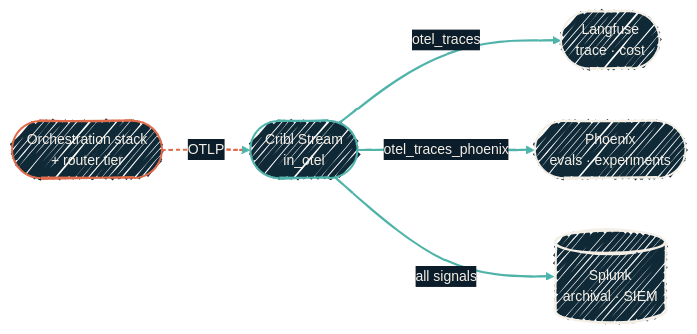
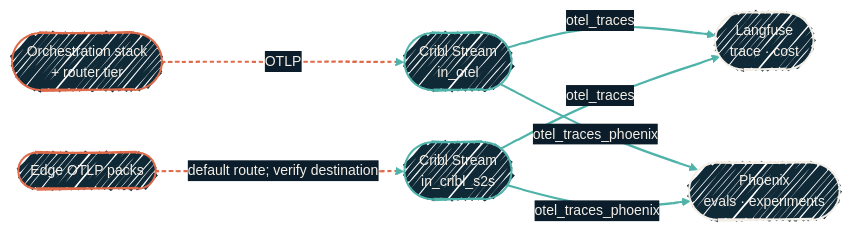
Before and after one commit to dryvist/docs: the diagram in observability/phoenix.mdx, drawn with Mermaid. The commit also changed other lines of this file and 100 other files, not shown here.

````diff
--- a/observability/phoenix.mdx
+++ b/observability/phoenix.mdx
@@ -63,28 +71,31 @@
 ```mermaid
 %%{init:
   {'theme':'base','look':'handDrawn','themeVariables':{'fontFamily':'Geist','fontSize':'14px','primaryColor':'#102937','primaryTextColor':'#F4EFE6','primaryBorderColor':'#4FB3A9','lineColor':'#4FB3A9','secondaryColor':'#0B1D2A','tertiaryColor':'#1A2A38','clusterBkg':'rgba(79,179,169,0.08)','clusterBorder':'#4FB3A9'}}}%%
   flowchart LR
   Apps([Orchestration stack<br/>+ router tier])
-  Stream([Cribl Stream<br/>in_otel])
+  Edge([Edge OTLP packs])
+  OTel([Cribl Stream<br/>in_otel])
+  S2S([Cribl Stream<br/>in_cribl_s2s])
   LF([Langfuse<br/>trace · cost])
   PX([Phoenix<br/>evals · experiments])
-  SP[(Splunk<br/>archival · SIEM)]
 
-  Apps -->|OTLP| Stream
-  Stream -->|otel_traces| LF
-  Stream -->|otel_traces_phoenix| PX
-  Stream -->|all signals| SP
+  Apps -->|OTLP| OTel
+  Edge -.->|default route; verify destination| S2S
+  OTel -->|otel_traces| LF
+  OTel -->|otel_traces_phoenix| PX
+  S2S -->|otel_traces| LF
+  S2S -->|otel_traces_phoenix| PX
 
   classDef ai   fill:#102937,stroke:#E06B4A,stroke-width:2px,color:#F4EFE6;
   classDef hop  fill:#102937,stroke:#4FB3A9,stroke-width:2px,color:#F4EFE6;
   classDef sink fill:#102937,stroke:#F4EFE6,stroke-width:2px,color:#F4EFE6;
 
-  class Apps ai
-  class Stream hop
-  class LF,PX,SP sink
+  class Apps,Edge ai
+  class OTel,S2S hop
+  class LF,PX sink
 
   click LF "/observability/llm-observability" "Langfuse and the OTLP path"
 
-  linkStyle 0 stroke:#E06B4A,stroke-width:2px,stroke-dasharray:4 3;
-  linkStyle 1,2,3 stroke:#4FB3A9,stroke-width:2px;
+  linkStyle 0,1 stroke:#E06B4A,stroke-width:2px,stroke-dasharray:4 3;
+  linkStyle 2,3,4,5 stroke:#4FB3A9,stroke-width:2px;
 ```
````
